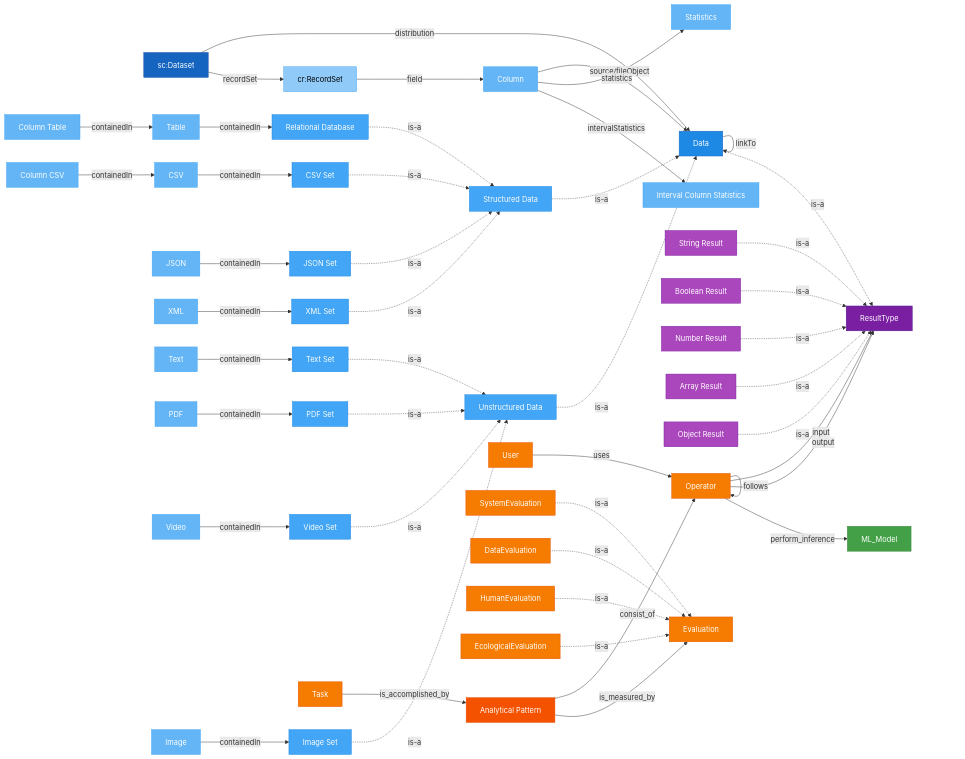
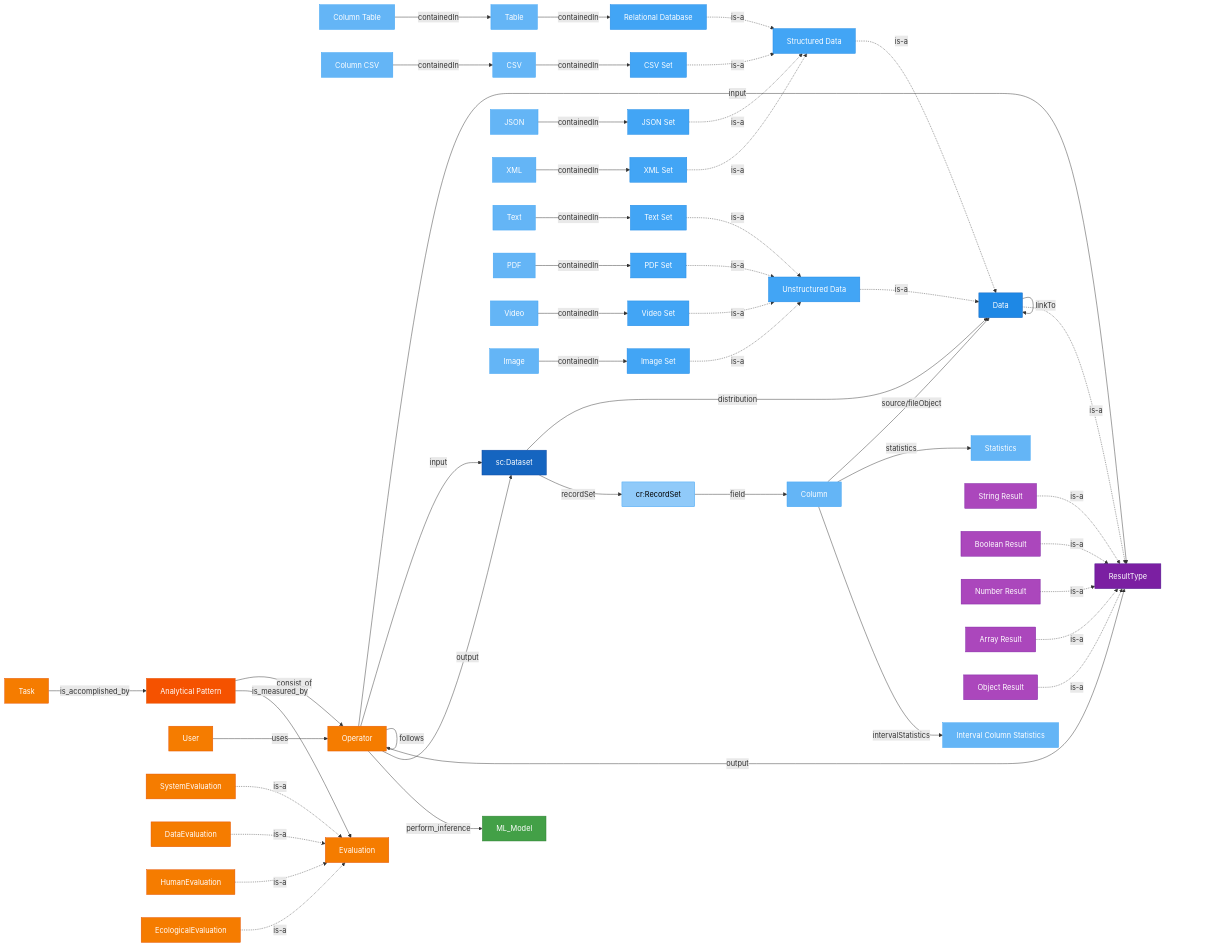
One commit to datagems-eosc/moma-management changed the diagram in README.md. Above: the diagram before and after it, drawn with Mermaid. The commit also changed other lines of this file, not shown here.

```diff
--- a/README.md
+++ b/README.md
@@ -136,7 +136,9 @@
 
   AP -- consist_of --> Operator
   Operator -- input --> ResultType
+  Operator -- input --> Dataset
   Operator -- output --> ResultType
+  Operator -- output --> Dataset
   Operator -- follows --> Operator
   User -- uses --> Operator
   Task -- is_accomplished_by --> AP
```
